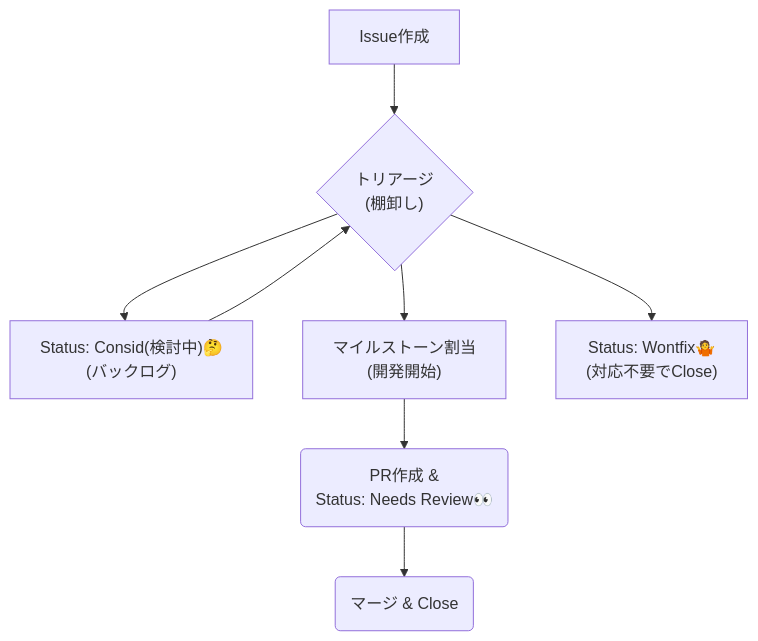
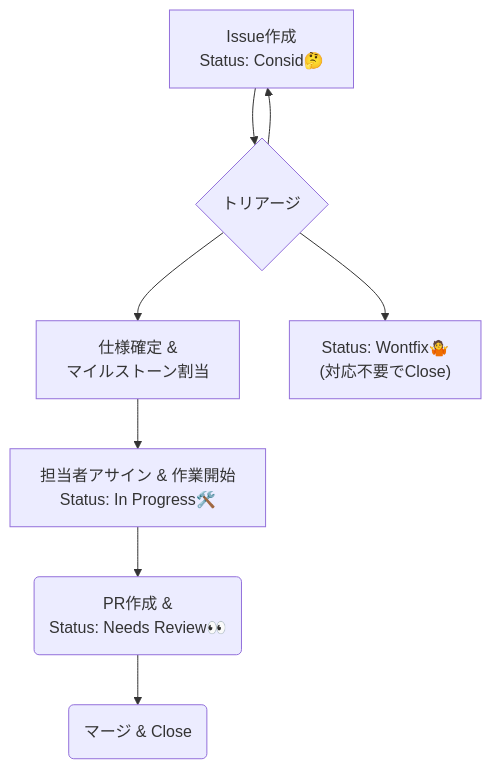
The diagram in Docs/03_開発ルール/02_プロジェクト規定/04_Issue規定.md (BitzLabs/DevBlueprint), drawn with Mermaid before and after one commit. The commit also changed other lines of this file and 2 other files, not shown here.

Commit message:
Doc:ブランチ規定の制定

````diff
--- a/Docs/03_開発ルール/02_プロジェクト規定/04_Issue規定.md
+++ b/Docs/03_開発ルール/02_プロジェクト規定/04_Issue規定.md
@@ -36,10 +36,11 @@
 ```mermaid
 graph TD
-    A[Issue作成] --> B{"トリアージ<br>(棚卸し)"};
-    B --> C["Status: Consid(検討中)🤔<br>(バックログ)"];
-    B --> D["マイルストーン割当<br>(開発開始)"];
-    B --> E["Status: Wontfix🤷<br>(対応不要でClose)"];
-    C --> B;
-    D --> F("PR作成 &<br>Status: Needs Review👀");
-    F --> G("マージ & Close");
+    A[Issue作成<br>Status: Consid🤔] --> B{トリアージ};
+    B --> A;
+    B --> C[仕様確定 &<br>マイルストーン割当];
+    B --> F["Status: Wontfix🤷<br>(対応不要でClose)"];
+    
+    C --> D["担当者アサイン & 作業開始<br>Status: In Progress🛠️"];
+    D --> E("PR作成 &<br>Status: Needs Review👀");
+    E --> G("マージ & Close");
 ```
````
